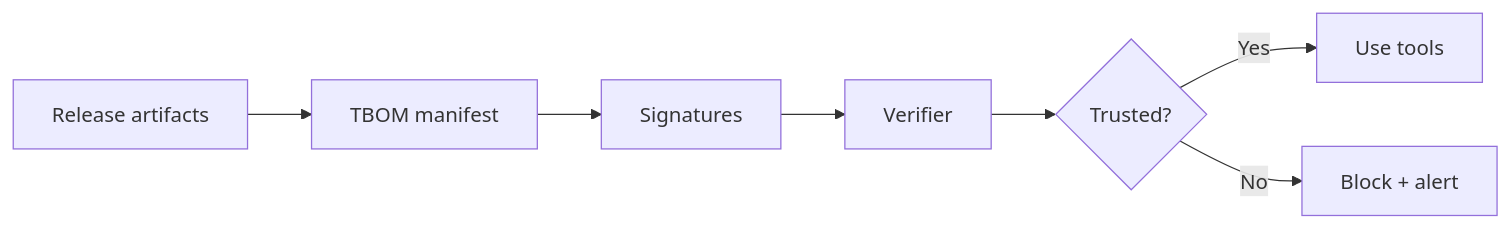
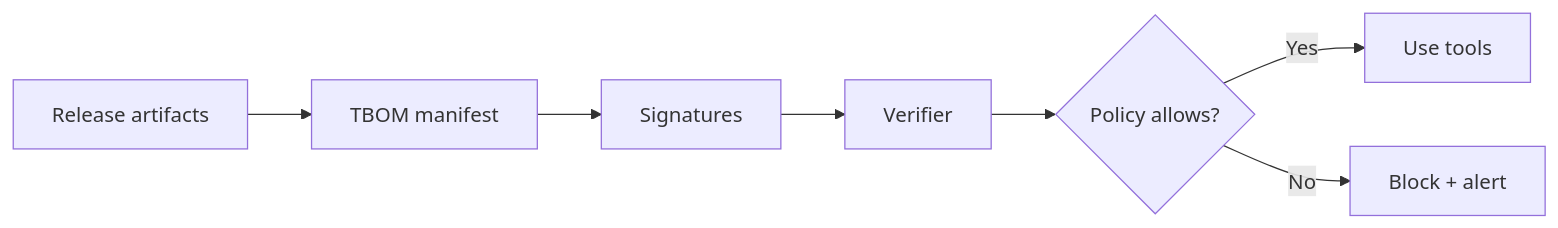
Before and after one commit to jlov7/tbom-rfc: the diagram in docs/index.md, drawn with Mermaid. The commit also changed other lines of this file and 8 other files, not shown here.

````diff
--- a/docs/index.md
+++ b/docs/index.md
@@ -65,9 +65,9 @@
 ```mermaid
 flowchart LR
   A[Release artifacts] --> B[TBOM manifest]
   B --> C[Signatures]
   C --> D[Verifier]
-  D --> E{Trusted?}
+  D --> E{Policy allows?}
   E -->|Yes| F[Use tools]
   E -->|No| G[Block + alert]
 ```
````
